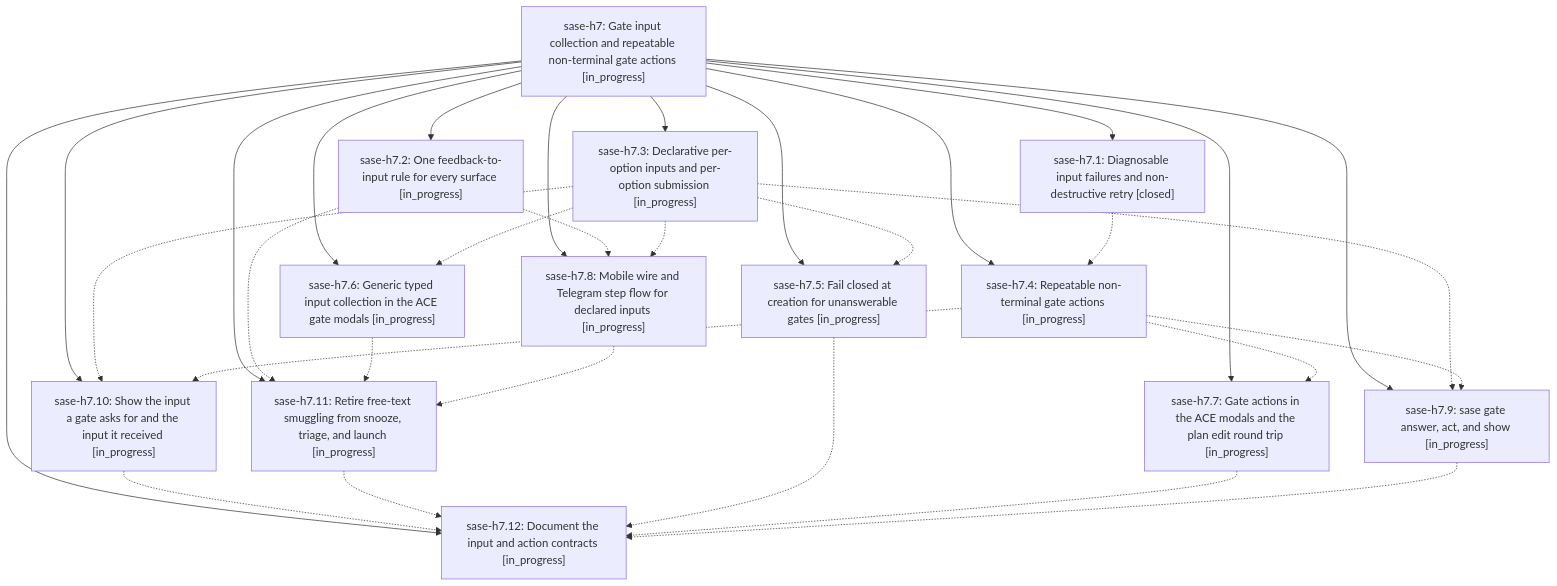
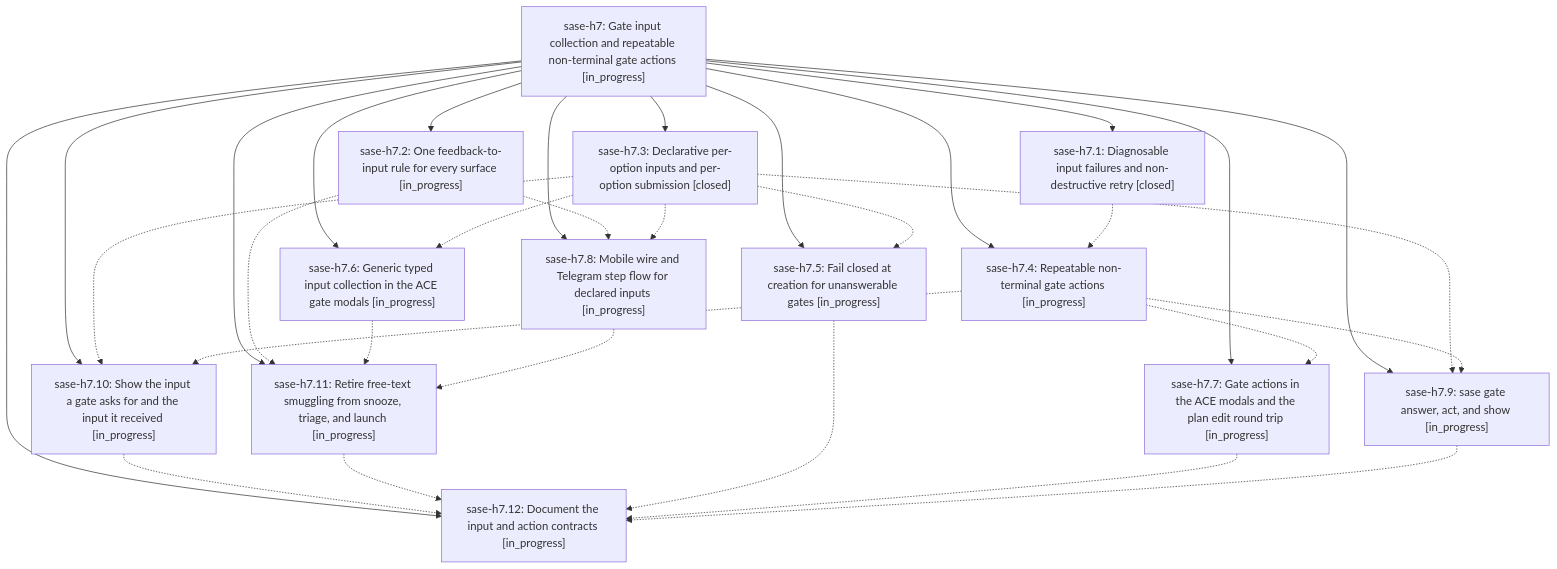
The diagram in pages/sase-h7/README.md (sase-org/sase--beads), drawn with Mermaid before and after one commit. The commit also changed other lines of this file and 7 other files, not shown here.

````diff
--- a/pages/sase-h7/README.md
+++ b/pages/sase-h7/README.md
@@ -33,46 +33,46 @@
 ```mermaid
 flowchart TD
     n0["sase-h7: Gate input collection and repeatable non-terminal gate actions [in_progress]"]
     n1["sase-h7.1: Diagnosable input failures and non-destructive retry [closed]"]
     n2["sase-h7.10: Show the input a gate asks for and the input it received [in_progress]"]
     n3["sase-h7.11: Retire free-text smuggling from snooze, triage, and launch [in_progress]"]
     n4["sase-h7.12: Document the input and action contracts [in_progress]"]
     n5["sase-h7.2: One feedback-to-input rule for every surface [in_progress]"]
-    n6["sase-h7.3: Declarative per-option inputs and per-option submission [in_progress]"]
+    n6["sase-h7.3: Declarative per-option inputs and per-option submission [closed]"]
     n7["sase-h7.4: Repeatable non-terminal gate actions [in_progress]"]
     n8["sase-h7.5: Fail closed at creation for unanswerable gates [in_progress]"]
     n9["sase-h7.6: Generic typed input collection in the ACE gate modals [in_progress]"]
     n10["sase-h7.7: Gate actions in the ACE modals and the plan edit round trip [in_progress]"]
     n11["sase-h7.8: Mobile wire and Telegram step flow for declared inputs [in_progress]"]
     n12["sase-h7.9: sase gate answer, act, and show [in_progress]"]
     n0 --> n1
     n0 --> n2
     n0 --> n3
     n0 --> n4
     n0 --> n5
     n0 --> n6
     n0 --> n7
     n0 --> n8
     n0 --> n9
     n0 --> n10
     n0 --> n11
     n0 --> n12
     n1 -.-> n7
     n2 -.-> n4
     n3 -.-> n4
     n5 -.-> n3
     n5 -.-> n11
     n6 -.-> n2
     n6 -.-> n8
     n6 -.-> n9
     n6 -.-> n11
     n6 -.-> n12
     n7 -.-> n2
     n7 -.-> n10
     n7 -.-> n12
     n8 -.-> n4
     n9 -.-> n3
     n10 -.-> n4
     n11 -.-> n3
     n12 -.-> n4
 ```
````
